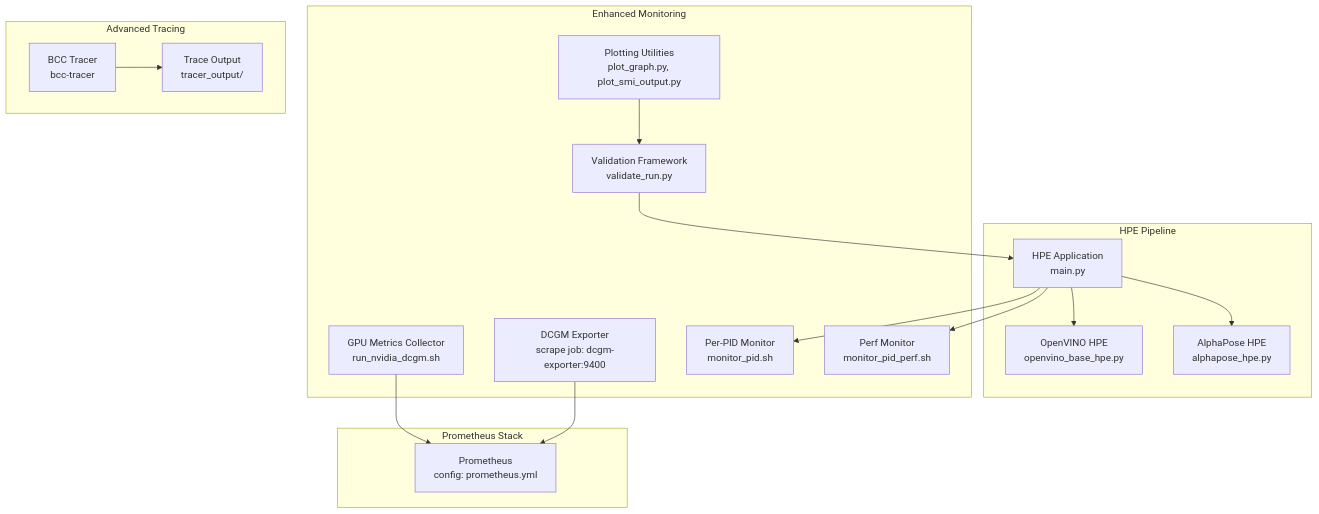
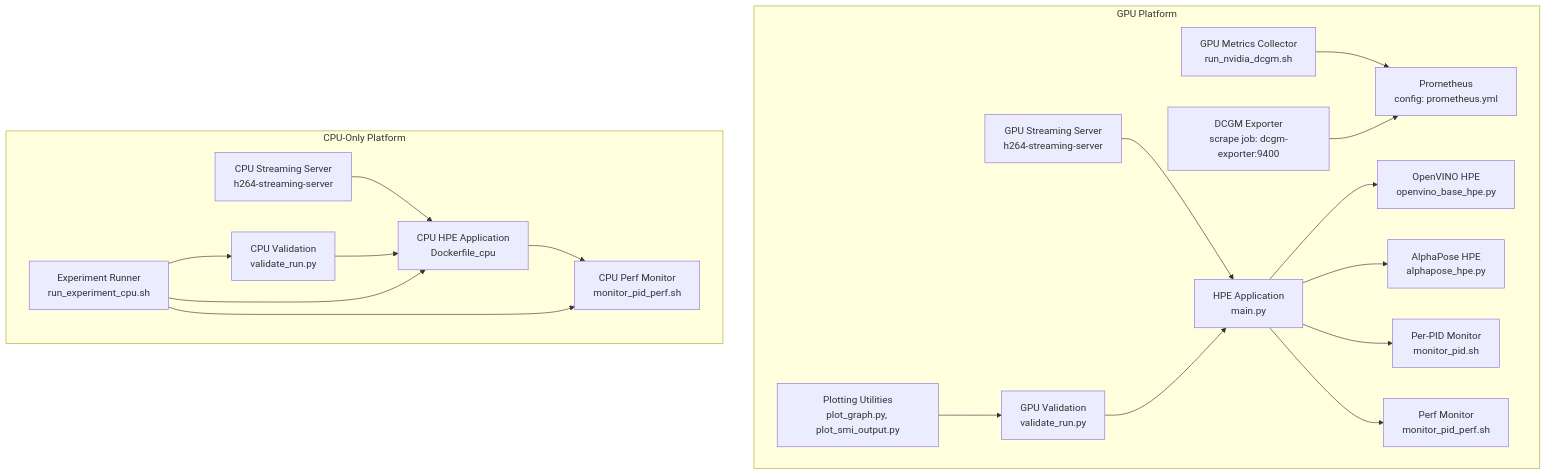
The first of 7 diagrams in .qoder/repowiki/en/content/Monitoring and Analytics/Metrics Collection.md (Fogus-Gr/MeasurementsDTs), drawn with Mermaid before and after one commit. The commit also changed other lines of this file and 5 other files, not shown here.

````diff
--- a/.qoder/repowiki/en/content/Monitoring and Analytics/Metrics Collection.md
+++ b/.qoder/repowiki/en/content/Monitoring and Analytics/Metrics Collection.md
@@ -55,32 +62,38 @@
 ```mermaid
 graph TB
-subgraph "Prometheus Stack"
-P["Prometheus<br/>config: prometheus.yml"]
+subgraph "GPU Platform"
+P_GPU["Prometheus<br/>config: prometheus.yml"]
+HPE_GPU["HPE Application<br/>main.py"]
+HPE_OV_GPU["OpenVINO HPE<br/>openvino_base_hpe.py"]
+HPE_AP_GPU["AlphaPose HPE<br/>alphapose_hpe.py"]
+DCMG_GPU["DCGM Exporter<br/>scrape job: dcgm-exporter:9400"]
+GMET_GPU["GPU Metrics Collector<br/>run_nvidia_dcgm.sh"]
+PMH_GPU["Per-PID Monitor<br/>monitor_pid.sh"]
+PMR_GPU["Perf Monitor<br/>monitor_pid_perf.sh"]
+VALID_GPU["GPU Validation<br/>validate_run.py"]
+PLOT_GPU["Plotting Utilities<br/>plot_graph.py, plot_smi_output.py"]
+END_GPU["GPU Streaming Server<br/>h264-streaming-server"]
+END_GPU --> HPE_GPU
+HPE_GPU --> HPE_OV_GPU
+HPE_GPU --> HPE_AP_GPU
+HPE_GPU --> PMH_GPU
+HPE_GPU --> PMR_GPU
+GMET_GPU --> P_GPU
+DCMG_GPU --> P_GPU
+VALID_GPU --> HPE_GPU
+PLOT_GPU --> VALID_GPU
 end
-subgraph "HPE Pipeline"
-HPE["HPE Application<br/>main.py"]
-HPE_OV["OpenVINO HPE<br/>openvino_base_hpe.py"]
-HPE_AP["AlphaPose HPE<br/>alphapose_hpe.py"]
+subgraph "CPU-Only Platform"
+HPE_CPU["CPU HPE Application<br/>Dockerfile_cpu"]
+PM_CPU["CPU Perf Monitor<br/>monitor_pid_perf.sh"]
+VALID_CPU["CPU Validation<br/>validate_run.py"]
+RUN_CPU["Experiment Runner<br/>run_experiment_cpu.sh"]
+END_CPU["CPU Streaming Server<br/>h264-streaming-server"]
+END_CPU --> HPE_CPU
+HPE_CPU --> PM_CPU
+VALID_CPU --> HPE_CPU
+RUN_CPU --> HPE_CPU
+RUN_CPU --> PM_CPU
+RUN_CPU --> VALID_CPU
 end
-subgraph "Enhanced Monitoring"
-DCMG["DCGM Exporter<br/>scrape job: dcgm-exporter:9400"]
-GMET["GPU Metrics Collector<br/>run_nvidia_dcgm.sh"]
-PMH["Per-PID Monitor<br/>monitor_pid.sh"]
-PMR["Perf Monitor<br/>monitor_pid_perf.sh"]
-VALID["Validation Framework<br/>validate_run.py"]
-PLOT["Plotting Utilities<br/>plot_graph.py, plot_smi_output.py"]
-end
-subgraph "Advanced Tracing"
-BCC["BCC Tracer<br/>bcc-tracer"]
-TRACES["Trace Output<br/>tracer_output/"]
-end
-HPE --> HPE_OV
-HPE --> HPE_AP
-HPE --> PMH
-HPE --> PMR
-GMET --> P
-DCMG --> P
-VALID --> HPE
-PLOT --> VALID
-BCC --> TRACES
 ```
````
